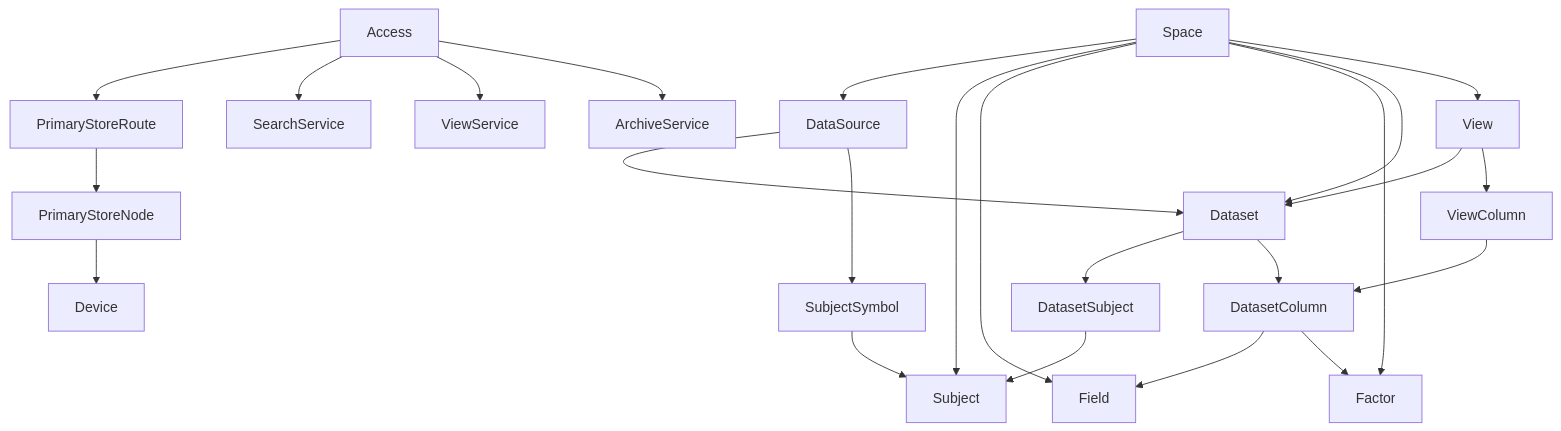
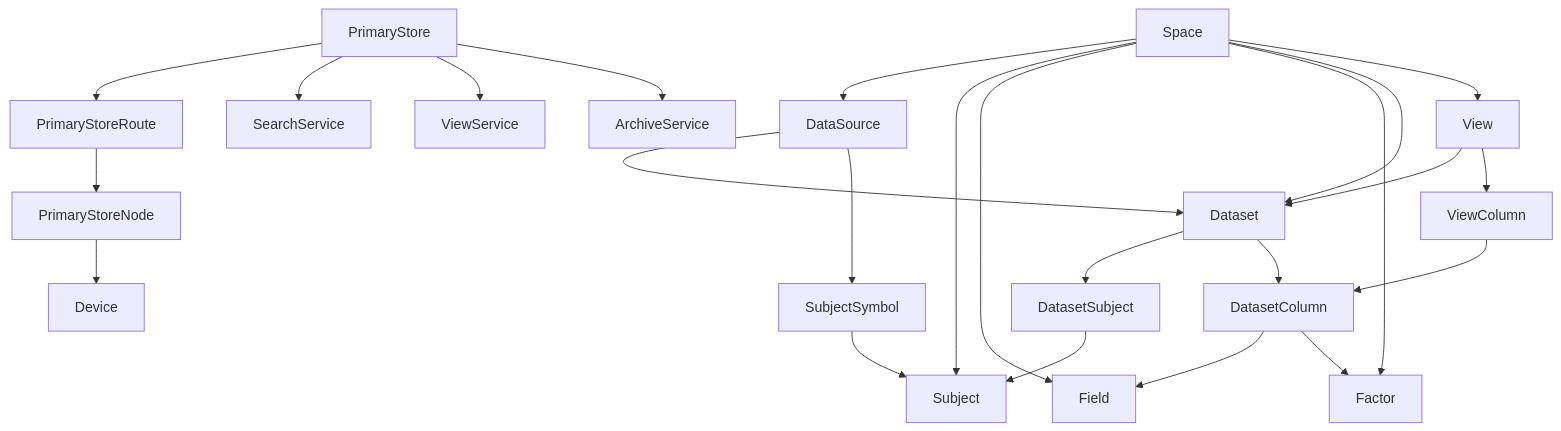
The diagram in docs/量化金融数据概念.md (mooyang-code/moox), drawn with Mermaid before and after one commit. The commit also changed other lines of this file and 382 other files, not shown here.

````diff
--- a/docs/量化金融数据概念.md
+++ b/docs/量化金融数据概念.md
@@ -20,41 +20,41 @@
 ```mermaid
 flowchart TD
     SP["Space"]
     SRC["DataSource"]
     SUB["Subject"]
     SYM["SubjectSymbol"]
     DS["Dataset"]
     DSS["DatasetSubject"]
     FIELD["Field"]
     FACTOR["Factor"]
     DC["DatasetColumn"]
     VIEW["View"]
     VC["ViewColumn"]
-    ACCESS["Access"]
+    ACCESS["PrimaryStore"]
     PNODE["PrimaryStoreNode"]
     DEV["Device"]
     ROUTE["PrimaryStoreRoute"]
     SEARCH["SearchService"]
     VIEW_SVC["ViewService"]
     ARCHIVE["ArchiveService"]
 
     SP --> SRC
     SP --> SUB
     SP --> FIELD
     SP --> FACTOR
     SP --> DS
     SP --> VIEW
     SRC --> DS
     SRC --> SYM --> SUB
     DS --> DSS --> SUB
     DS --> DC
     DC --> FIELD
     DC --> FACTOR
     VIEW --> DS
     VIEW --> VC
     VC --> DC
     ACCESS --> ROUTE --> PNODE --> DEV
     ACCESS --> SEARCH
     ACCESS --> VIEW_SVC
     ACCESS --> ARCHIVE
 ```
````
